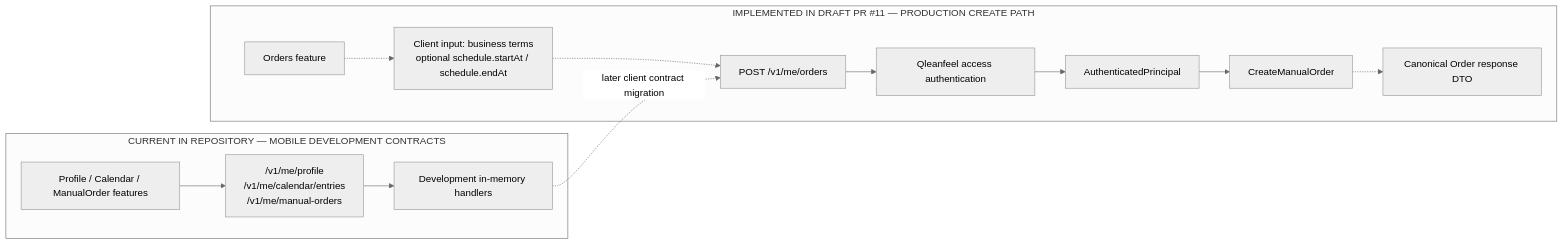
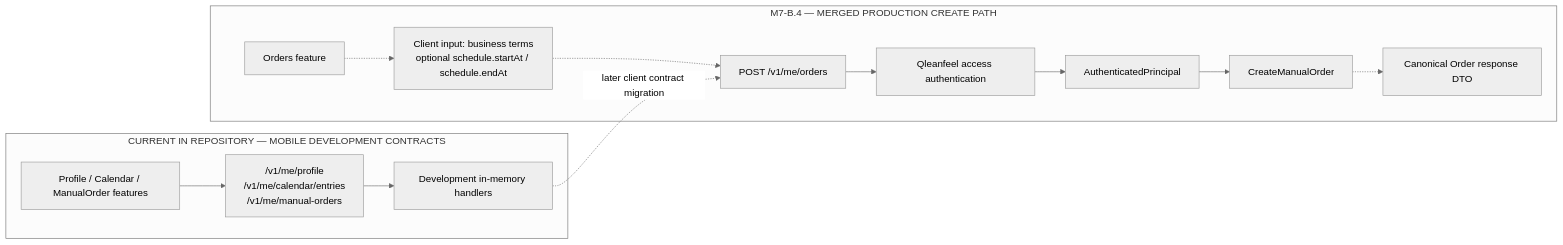
One commit to qleanfeel-bot/qleanfeel-rn changed the third of 7 diagrams in docs/ARCHITECTURE_MAP.md. Above: the diagram before and after it, drawn with Mermaid (neutral theme). The commit also changed other lines of this file and 8 other files, not shown here.

````diff
--- a/docs/ARCHITECTURE_MAP.md
+++ b/docs/ARCHITECTURE_MAP.md
@@ -95,25 +95,25 @@
 ```mermaid
 flowchart LR
   subgraph Current["CURRENT IN REPOSITORY — MOBILE DEVELOPMENT CONTRACTS"]
     Features["Profile / Calendar / ManualOrder features"]
     Contracts["/v1/me/profile<br/>/v1/me/calendar/entries<br/>/v1/me/manual-orders"]
     Memory["Development in-memory handlers"]
     Features --> Contracts --> Memory
   end
 
-  subgraph B4["IMPLEMENTED IN DRAFT PR #11 — PRODUCTION CREATE PATH"]
+  subgraph B4["M7-B.4 — MERGED PRODUCTION CREATE PATH"]
     OrdersFeature["Orders feature"]
     Request["Client input: business terms<br/>optional schedule.startAt / schedule.endAt"]
     Route["POST /v1/me/orders"]
     Credential["Qleanfeel access authentication"]
     Principal["AuthenticatedPrincipal"]
     UseCase["CreateManualOrder"]
     Response["Canonical Order response DTO"]
     OrdersFeature -.-> Request
     Request -.-> Route
     Route --> Credential --> Principal --> UseCase
     UseCase -.-> Response
   end
 
   Memory -.->|"later client contract migration"| Route
 ```
````
